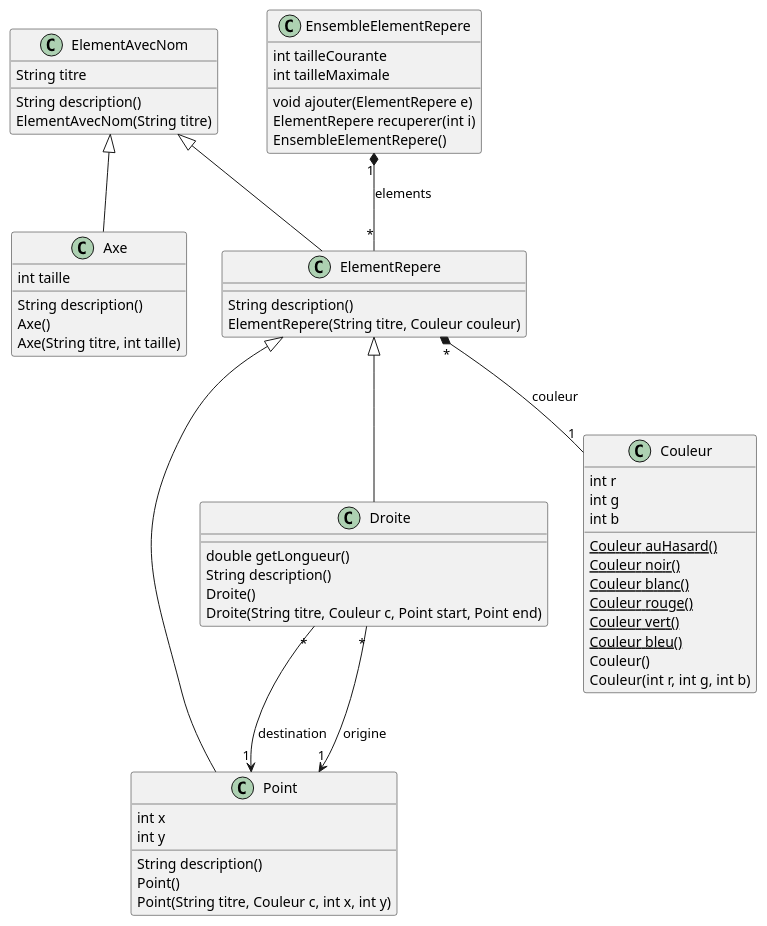
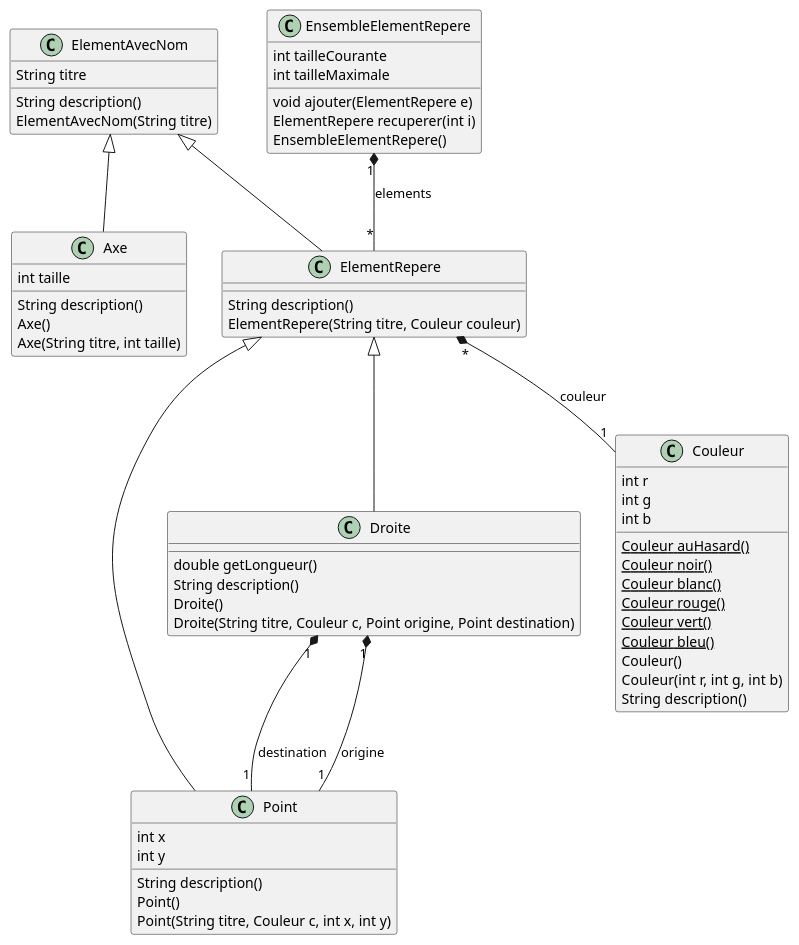
Before and after one commit to EnseirbTelecom/pg220-official: the diagram in tp1/doc/design.plantuml, drawn with PlantUML. The commit also changed 3 other files, not shown here.

```diff
--- a/tp1/doc/design.plantuml
+++ b/tp1/doc/design.plantuml
@@ -1,59 +1,60 @@
 @startuml tp1_uml.png
 class ElementAvecNom {
   String titre
   String description()
   ElementAvecNom(String titre)
 }
 class ElementRepere
 ElementAvecNom <|-- Axe
 ElementAvecNom <|-- ElementRepere
 ElementRepere <|-- Point
 class Point {
   int x
   int y
   String description()
   Point()
   Point(String titre, Couleur c, int x, int y)
 }
 ElementRepere <|-- Droite
 class Droite {
   double getLongueur()
   String description()
   Droite()
-  Droite(String titre, Couleur c, Point start, Point end)
+  Droite(String titre, Couleur c, Point origine, Point destination)
 }
-Droite "*" --> "1" Point : origine
-Droite "*" --> "1" Point : destination
+Droite "1" *-- "1" Point : origine
+Droite "1" *-- "1" Point : destination
 class Couleur {
   {static} Couleur auHasard()
   {static} Couleur noir()
   {static} Couleur blanc()
   {static} Couleur rouge()
   {static} Couleur vert()
   {static} Couleur bleu()
   int r
   int g
   int b
   Couleur()
   Couleur(int r, int g, int b)
+  String description()
 }
 ElementRepere "*" *-- "1" Couleur : couleur
 class ElementRepere {
   String description()
   ElementRepere(String titre, Couleur couleur)
 }
 class Axe {
   int taille
   String description()
   Axe()
   Axe(String titre, int taille)
 }
 class EnsembleElementRepere {
   int tailleCourante
   int tailleMaximale
   void ajouter(ElementRepere e)
   ElementRepere recuperer(int i)
   EnsembleElementRepere()
 }
 EnsembleElementRepere "1" *-- "*" ElementRepere : elements
 @enduml
```
